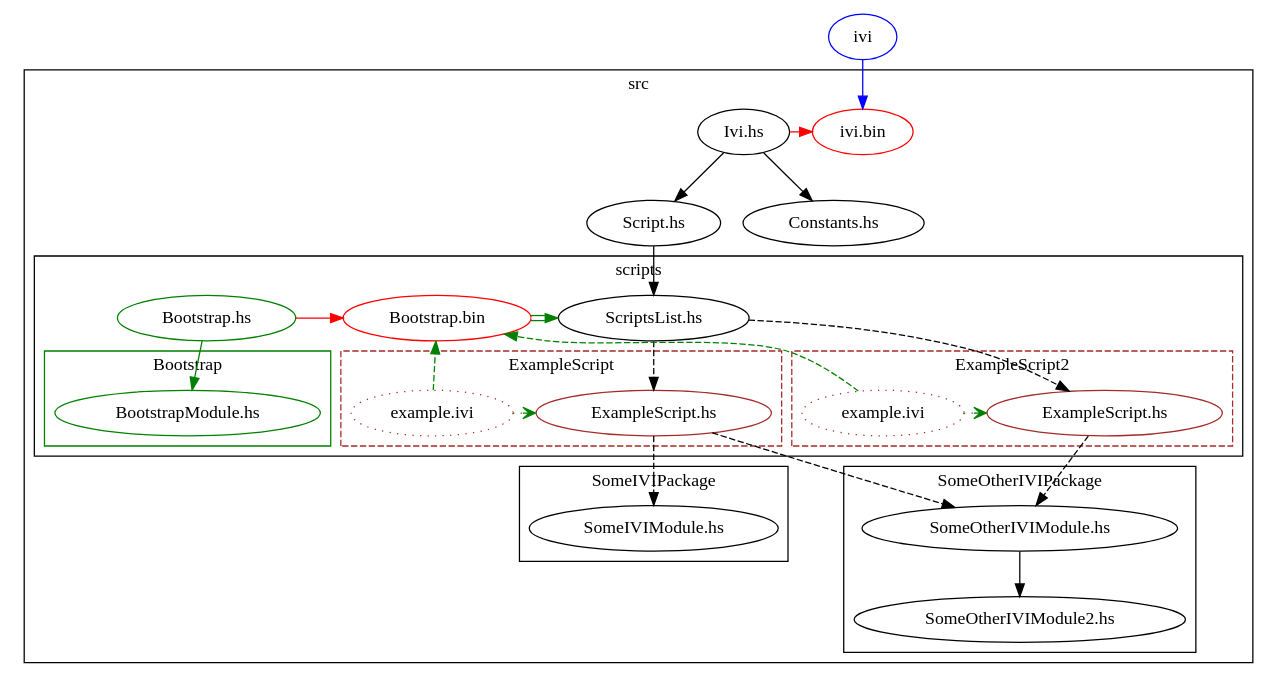
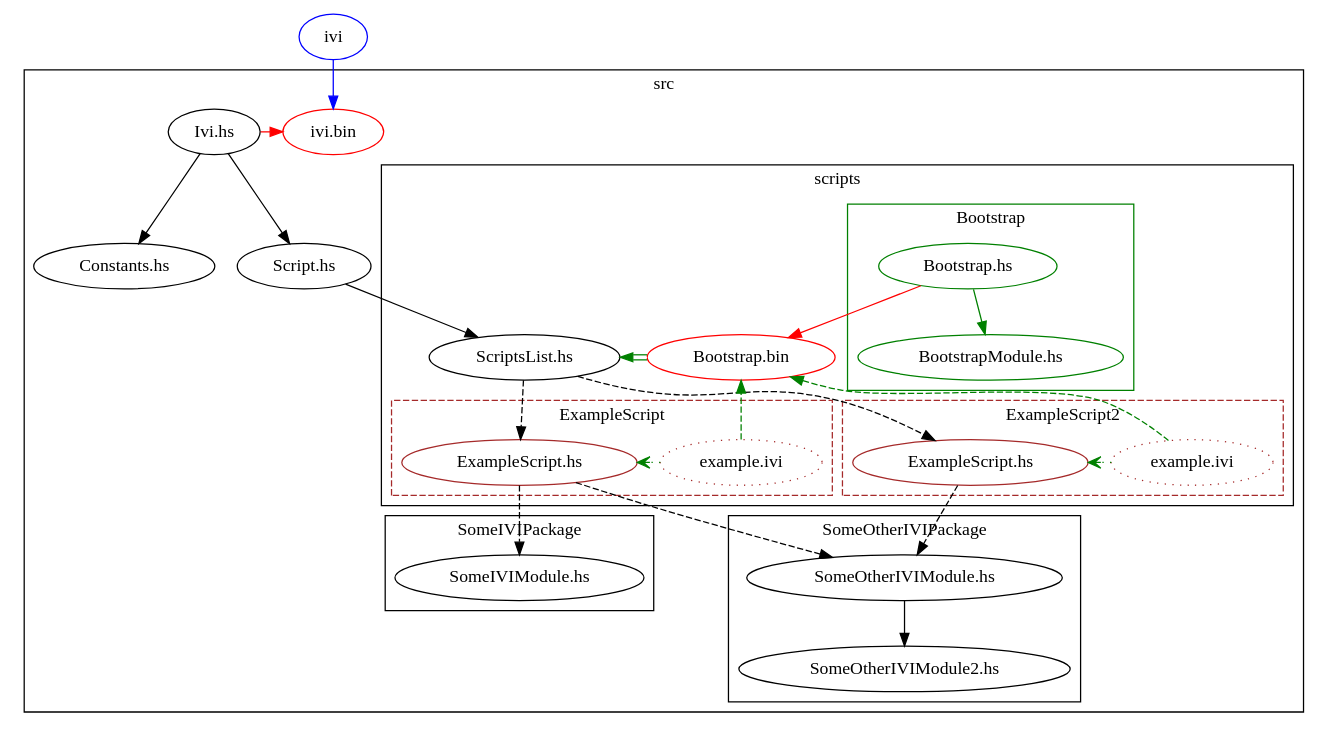
The diagram in details/dep_graph.dot (NorfairKing/IVI), drawn with Graphviz before and after one commit. The commit also changed 3 other files, not shown here.

Commit message:
updated explanatory bootstrap graphs

```diff
--- a/details/dep_graph.dot
+++ b/details/dep_graph.dot
@@ -1,87 +1,86 @@
 digraph G {
     ivilink [label="ivi", color="blue"];
 
     subgraph cluster_src {
         label = "src";
         
         ivibin [label="ivi.bin", color="red"];
         
         ivihs [label="Ivi.hs"];
         scripths [label="Script.hs"];
         constantshs [label="Constants.hs"];
 
         {rank=same ivibin ivihs};
         {rank=same scripths constantshs};
 
         ivihs -> scripths;
         ivihs -> constantshs;
 
         subgraph cluster_src_scripts {
             label = "scripts";
             scriptslisths [label="ScriptsList.hs"];
 
-            bootstraphs [label="Bootstrap.hs", color="green"];
             bootstrap [label="Bootstrap.bin", color="green", color="red"];
-            bootstraphs -> bootstrap [color="red"];
             bootstrap -> scriptslisths [color="green:white:green"];           
 
-            {rank=same bootstraphs bootstrap scriptslisths};
+            {rank=same bootstrap scriptslisths};
 
             subgraph cluster_scr_scripts_bootstrap {
                 label = "Bootstrap";
                 color = "green";
-            
+                bootstraphs [label="Bootstrap.hs", color="green"];
+                bootstraphs -> bootstrap [color="red"];
                 bootstrapmodulehs [label="BootstrapModule.hs",color="green"];
             }
             bootstraphs -> bootstrapmodulehs[color="green"];
 
             subgraph cluster_src_scripts_examplescript {
                 label = "ExampleScript";
                 style = "dashed";
                 color = "brown";
                 
                 examplescripths [label="ExampleScript.hs", color="brown"];
                 ivifile [label="example.ivi",color="brown", style="dotted"];
                 ivifile -> examplescripths [color="green", style="dotted", arrowhead="vee"];
                 {rank=same ivifile examplescripths};
             }
             
             subgraph cluster_src_scripts_examplescript2 {
                 label = "ExampleScript2";
                 style = "dashed";
                 color = "brown";
                 
                 examplescript2hs [label="ExampleScript.hs", color="brown"];
                 ivifile2 [label="example.ivi", color="brown", style="dotted"];
                 ivifile2 -> examplescript2hs [color="green", style="dotted", arrowhead="vee"];
                 {rank=same ivifile2 examplescript2hs};
             }
             scriptslisths -> examplescripths [style="dashed"];
             scriptslisths -> examplescript2hs [style="dashed"];
 
             
             ivifile  -> bootstrap [color="green", style="dashed"];
             ivifile2 -> bootstrap [color="green", style="dashed"];
 
         }
         
 
         scripths -> scriptslisths;
     
         subgraph cluster_src_ivipackage {
             label = "SomeIVIPackage";
             ivimodule [label="SomeIVIModule.hs"];
         }
         subgraph cluster_src_otherivipackage {
             label = "SomeOtherIVIPackage";
             otherivimodule [label="SomeOtherIVIModule.hs"];
             otherivimodule2 [label="SomeOtherIVIModule2.hs"];
             otherivimodule -> otherivimodule2;
         }
     }
     examplescripths -> ivimodule [style="dashed"];
     examplescripths -> otherivimodule [style="dashed"];
     examplescript2hs -> otherivimodule [style="dashed"];
     ivilink ->ivibin [color="blue"];
     ivihs -> ivibin [color="red"];
 }
```
